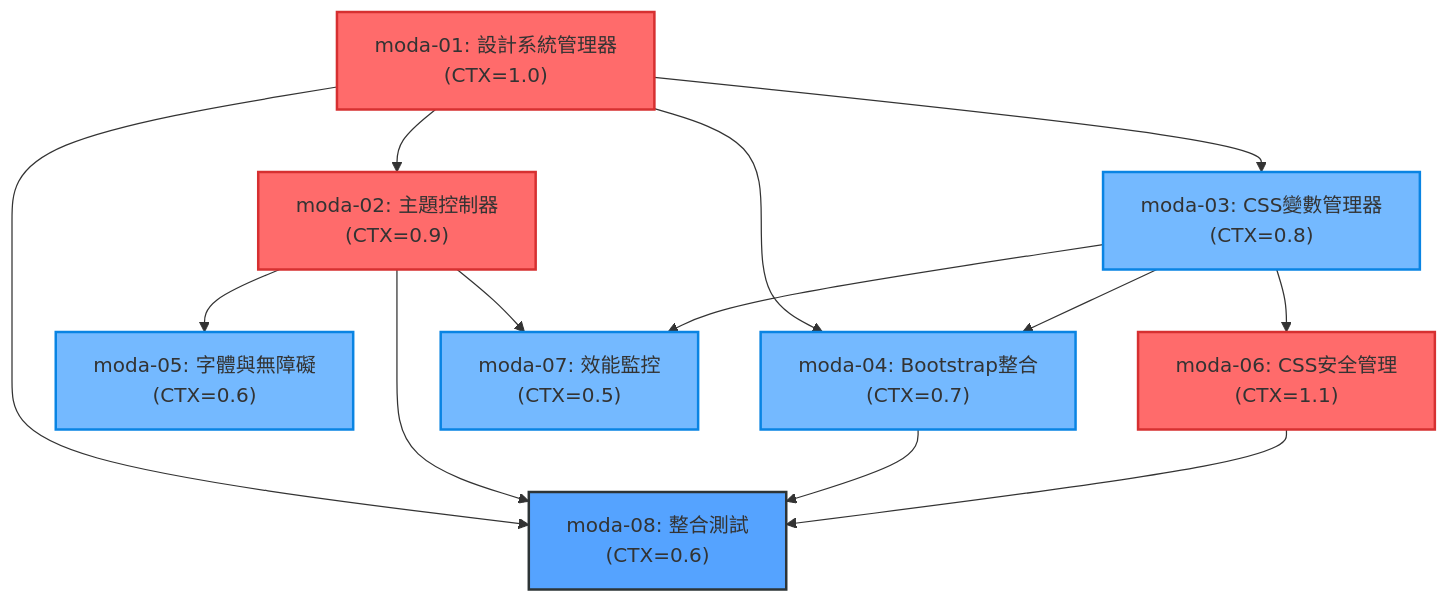
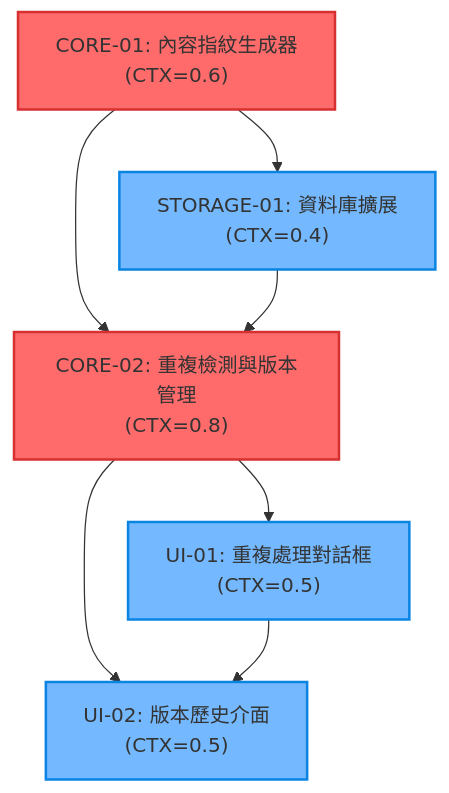
The diagram in docs/tasks.md (iim0663418/DB-Card), drawn with Mermaid before and after one commit. The commit also changed other lines of this file and 72 other files, not shown here.

````diff
--- a/docs/tasks.md
+++ b/docs/tasks.md
@@ -80,26 +68,15 @@
 ```mermaid
 graph TD
-    moda-01["moda-01: 設計系統管理器<br/>(CTX=1.0)"] --> moda-02["moda-02: 主題控制器<br/>(CTX=0.9)"]
-    moda-01 --> moda-03["moda-03: CSS變數管理器<br/>(CTX=0.8)"]
-    moda-01 --> moda-04["moda-04: Bootstrap整合<br/>(CTX=0.7)"]
-    
-    moda-02 --> moda-05["moda-05: 字體與無障礙<br/>(CTX=0.6)"]
-    moda-03 --> moda-04
-    moda-03 --> moda-06["moda-06: CSS安全管理<br/>(CTX=1.1)"]
-    
-    moda-02 --> moda-07["moda-07: 效能監控<br/>(CTX=0.5)"]
-    moda-03 --> moda-07
-    
-    moda-01 --> moda-08["moda-08: 整合測試<br/>(CTX=0.6)"]
-    moda-02 --> moda-08
-    moda-04 --> moda-08
-    moda-06 --> moda-08
+    CORE01["CORE-01: 內容指紋生成器<br/>(CTX=0.6)"] --> STORAGE01["STORAGE-01: 資料庫擴展<br/>(CTX=0.4)"]
+    CORE01 --> CORE02["CORE-02: 重複檢測與版本管理<br/>(CTX=0.8)"]
+    STORAGE01 --> CORE02
+    CORE02 --> UI01["UI-01: 重複處理對話框<br/>(CTX=0.5)"]
+    CORE02 --> UI02["UI-02: 版本歷史介面<br/>(CTX=0.5)"]
+    UI01 --> UI02
     
     classDef critical fill:#ff6b6b,stroke:#d63031,stroke-width:2px
     classDef normal fill:#74b9ff,stroke:#0984e3,stroke-width:2px
-    classDef testing fill:#55a3ff,stroke:#2d3436,stroke-width:2px
     
-    class moda-01,moda-02,moda-06 critical
-    class moda-03,moda-04,moda-05,moda-07 normal
-    class moda-08 testing
+    class CORE01,CORE02 critical
+    class STORAGE01,UI01,UI02 normal
 ```
````
